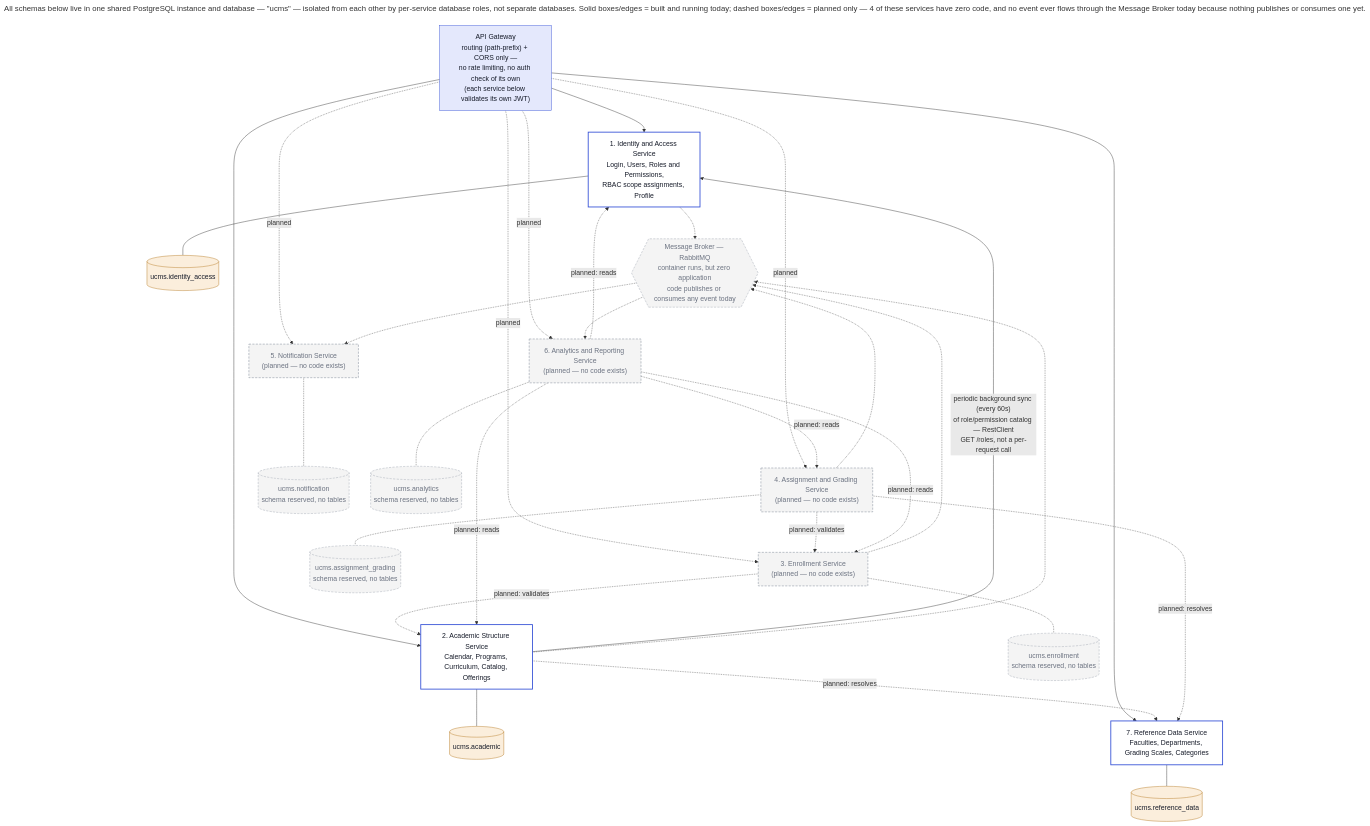
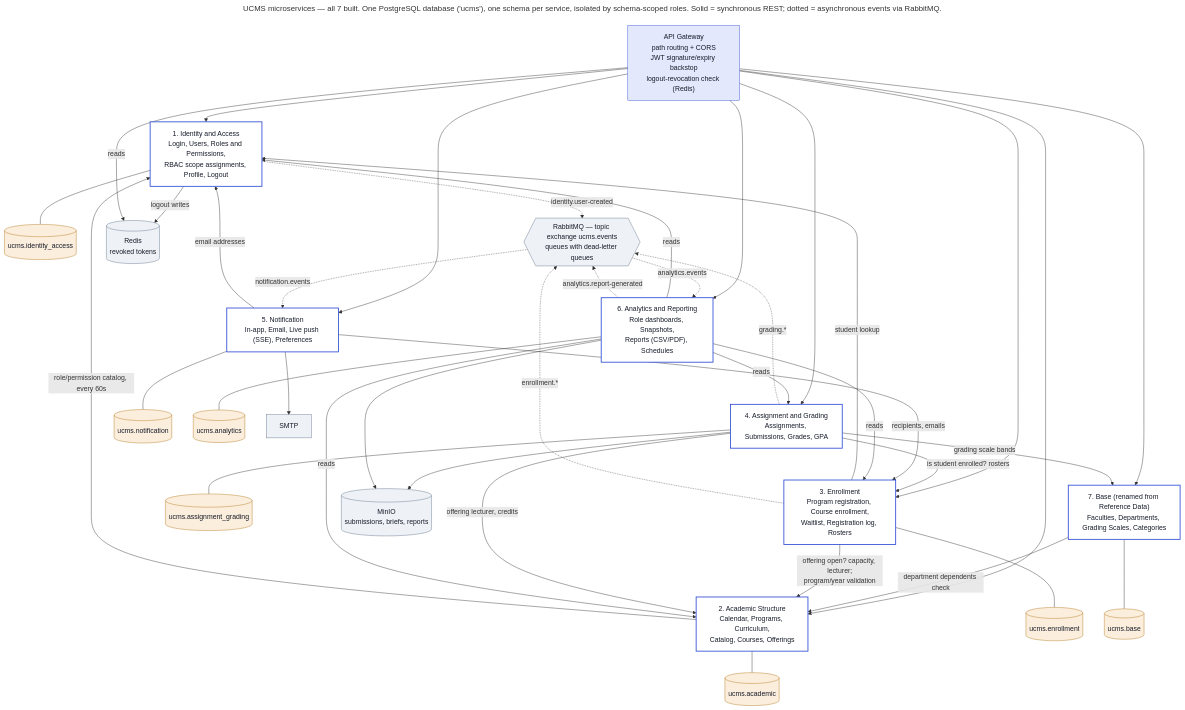
The diagram in docs/architecture/microservices-architecture.mmd (ESD-ONE/University-Course-Management-System), drawn with Mermaid before and after one commit. The commit also changed 543 other files, not shown here.

First line of the commit message:
Move auth to Keycloak, build out the remaining services, and harden, load-balance and rate-limit the stack

```diff
--- a/docs/architecture/microservices-architecture.mmd
+++ b/docs/architecture/microservices-architecture.mmd
@@ -1,75 +1,82 @@
 ---
-title: "All schemas below live in one shared PostgreSQL instance and database — \"ucms\" — isolated from each other by per-service database roles, not separate databases. Solid boxes/edges = built and running today; dashed boxes/edges = planned only — 4 of these services have zero code, and no event ever flows through the Message Broker today because nothing publishes or consumes one yet."
+title: "UCMS microservices — all 7 built. One PostgreSQL database ('ucms'), one schema per service, isolated by schema-scoped roles. Solid = synchronous REST; dotted = asynchronous events via RabbitMQ."
 ---
 flowchart TB
-    GW["API Gateway<br/>routing (path-prefix) + CORS only —<br/>no rate limiting, no auth check of its own<br/>(each service below validates its own JWT)"]
+    GW["API Gateway<br/>path routing + CORS<br/>JWT signature/expiry backstop<br/>logout-revocation check (Redis)"]
 
-    IAM["1. Identity and Access Service<br/>Login, Users, Roles and Permissions,<br/>RBAC scope assignments, Profile"]
+    IAM["1. Identity and Access<br/>Login, Users, Roles and Permissions,<br/>RBAC scope assignments, Profile, Logout"]
     IAMSCHEMA[("ucms.identity_access")]
     IAM --- IAMSCHEMA
 
-    ACAD["2. Academic Structure Service<br/>Calendar, Programs, Curriculum, Catalog, Offerings"]
+    ACAD["2. Academic Structure<br/>Calendar, Programs, Curriculum,<br/>Catalog, Courses, Offerings"]
     ACADSCHEMA[("ucms.academic")]
     ACAD --- ACADSCHEMA
 
-    REF["7. Reference Data Service<br/>Faculties, Departments, Grading Scales, Categories"]
-    REFSCHEMA[("ucms.reference_data")]
-    REF --- REFSCHEMA
+    ENR["3. Enrollment<br/>Program registration, Course enrollment,<br/>Waitlist, Registration log, Rosters"]
+    ENRSCHEMA[("ucms.enrollment")]
+    ENR --- ENRSCHEMA
 
-    ENR["3. Enrollment Service<br/>(planned — no code exists)"]
-    ENRSCHEMA[("ucms.enrollment<br/>schema reserved, no tables")]
-    ENR -.- ENRSCHEMA
+    GRADE["4. Assignment and Grading<br/>Assignments, Submissions, Grades, GPA"]
+    GRADESCHEMA[("ucms.assignment_grading")]
+    GRADE --- GRADESCHEMA
 
-    GRADE["4. Assignment and Grading Service<br/>(planned — no code exists)"]
-    GRADESCHEMA[("ucms.assignment_grading<br/>schema reserved, no tables")]
-    GRADE -.- GRADESCHEMA
+    NOTIF["5. Notification<br/>In-app, Email, Live push (SSE), Preferences"]
+    NOTIFSCHEMA[("ucms.notification")]
+    NOTIF --- NOTIFSCHEMA
 
-    NOTIF["5. Notification Service<br/>(planned — no code exists)"]
-    NOTIFSCHEMA[("ucms.notification<br/>schema reserved, no tables")]
-    NOTIF -.- NOTIFSCHEMA
+    ANALYTICS["6. Analytics and Reporting<br/>Role dashboards, Snapshots,<br/>Reports (CSV/PDF), Schedules"]
+    ANALYTICSSCHEMA[("ucms.analytics")]
+    ANALYTICS --- ANALYTICSSCHEMA
 
-    ANALYTICS["6. Analytics and Reporting Service<br/>(planned — no code exists)"]
-    ANALYTICSSCHEMA[("ucms.analytics<br/>schema reserved, no tables")]
-    ANALYTICS -.- ANALYTICSSCHEMA
+    BASE["7. Base (renamed from Reference Data)<br/>Faculties, Departments, Grading Scales, Categories"]
+    BASESCHEMA[("ucms.base")]
+    BASE --- BASESCHEMA
 
     GW --> IAM
     GW --> ACAD
-    GW --> REF
-    GW -.->|planned| ENR
-    GW -.->|planned| GRADE
-    GW -.->|planned| NOTIF
-    GW -.->|planned| ANALYTICS
+    GW --> ENR
+    GW --> GRADE
+    GW --> NOTIF
+    GW --> ANALYTICS
+    GW --> BASE
 
-    ACAD -->|"periodic background sync (every 60s)<br/>of role/permission catalog — RestClient<br/>GET /roles, not a per-request call"| IAM
+    ACAD -->|role/permission catalog, every 60s| IAM
+    BASE -->|department dependents check| ACAD
+    ENR -->|offering open? capacity, lecturer;<br/>program/year validation| ACAD
+    ENR -->|student lookup| IAM
+    GRADE -->|offering lecturer, credits| ACAD
+    GRADE -->|is student enrolled? rosters| ENR
+    GRADE -->|grading scale bands| BASE
+    NOTIF -->|recipients, emails| ENR
+    NOTIF -->|email addresses| IAM
+    ANALYTICS -->|reads| IAM
+    ANALYTICS -->|reads| ACAD
+    ANALYTICS -->|reads| ENR
+    ANALYTICS -->|reads| GRADE
 
-    ENR -.->|planned: validates| ACAD
-    ACAD -.->|planned: resolves| REF
-    GRADE -.->|planned: validates| ENR
-    GRADE -.->|planned: resolves| REF
+    MQ{{"RabbitMQ — topic exchange ucms.events<br/>queues with dead-letter queues"}}
+    IAM -.->|identity.user-created| MQ
+    ENR -.->|enrollment.*| MQ
+    GRADE -.->|grading.*| MQ
+    ANALYTICS -.->|analytics.report-generated| MQ
+    MQ -.->|notification.events| NOTIF
+    MQ -.->|analytics.events| ANALYTICS
 
-    MQ{{"Message Broker — RabbitMQ<br/>container runs, but zero application<br/>code publishes or consumes any event today"}}
-    ENR -.-> MQ
-    GRADE -.-> MQ
-    ACAD -.-> MQ
-    IAM -.-> MQ
-    MQ -.-> NOTIF
-    MQ -.-> ANALYTICS
-
-    ANALYTICS -.->|planned: reads| IAM
-    ANALYTICS -.->|planned: reads| ACAD
-    ANALYTICS -.->|planned: reads| ENR
-    ANALYTICS -.->|planned: reads| GRADE
+    REDIS[("Redis<br/>revoked tokens")]
+    MINIO[("MinIO<br/>submissions, briefs, reports")]
+    SMTP["SMTP"]
+    IAM -->|logout writes| REDIS
+    GW -->|reads| REDIS
+    GRADE --> MINIO
+    ANALYTICS --> MINIO
+    NOTIF --> SMTP
 
     classDef schema fill:#FBEEDC,stroke:#B4791F,color:#161B29
-    classDef schemaPlanned fill:#F4F4F4,stroke:#9CA3AF,color:#6B7280,stroke-dasharray: 5 3
-    classDef svcBuilt fill:#FFFFFF,stroke:#3450D6,stroke-width:2px,color:#161B29
-    classDef svcPlanned fill:#F4F4F4,stroke:#9CA3AF,color:#6B7280,stroke-width:1.5px,stroke-dasharray: 5 3
+    classDef svc fill:#FFFFFF,stroke:#3450D6,stroke-width:2px,color:#161B29
     classDef gateway fill:#E4E8FC,color:#161B29,stroke:#3450D6
-    classDef async fill:#F4F4F4,stroke:#9CA3AF,color:#6B7280,stroke-dasharray: 5 3
+    classDef infra fill:#EEF2F6,stroke:#64748B,color:#161B29
 
-    class IAMSCHEMA,ACADSCHEMA,REFSCHEMA schema
-    class ENRSCHEMA,GRADESCHEMA,NOTIFSCHEMA,ANALYTICSSCHEMA schemaPlanned
-    class IAM,ACAD,REF svcBuilt
-    class ENR,GRADE,NOTIF,ANALYTICS svcPlanned
+    class IAMSCHEMA,ACADSCHEMA,ENRSCHEMA,GRADESCHEMA,NOTIFSCHEMA,ANALYTICSSCHEMA,BASESCHEMA schema
+    class IAM,ACAD,ENR,GRADE,NOTIF,ANALYTICS,BASE svc
     class GW gateway
-    class MQ async
+    class MQ,REDIS,MINIO,SMTP infra
```
